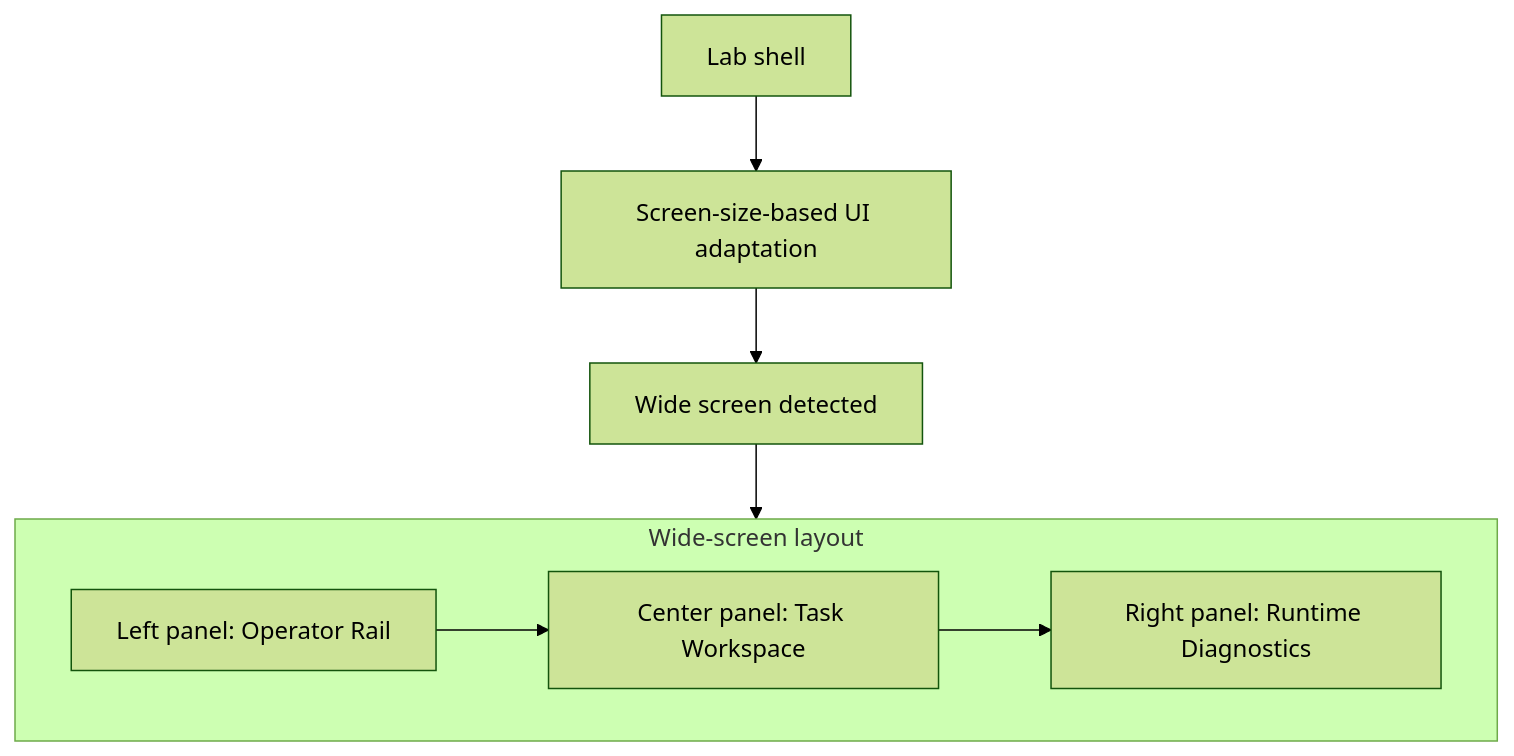
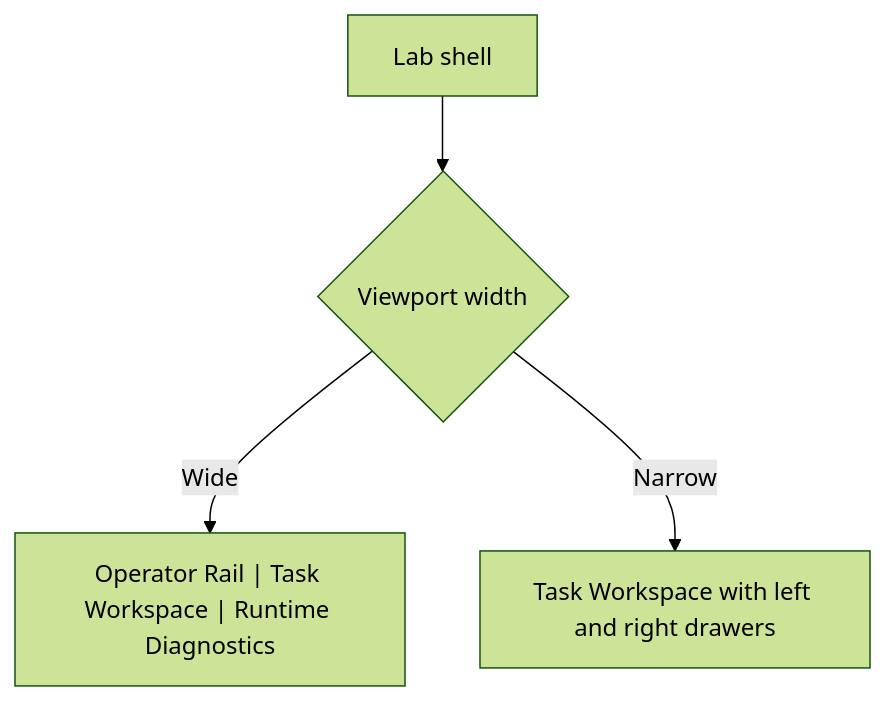
Before and after one commit to eliasfeijo/saas-reliability-lab: the first of 3 diagrams in docs/README.md, drawn with Mermaid (forest theme). The commit also changed other lines of this file and 1 other file, not shown here.

First line of the commit message:
docs(docs): split architecture views

````diff
--- a/docs/README.md
+++ b/docs/README.md
@@ -44,16 +44,9 @@
 ```mermaid
 flowchart TD
     Shell["Lab shell"]
-    Adapt["Screen-size-based UI adaptation"]
-    Wide["Wide screen detected"]
+    Adapt{"Viewport width"}
 
     Shell --> Adapt
-    Adapt --> Wide
-
-    subgraph WideLayout["Wide-screen layout"]
-        direction LR
-        Left["Left panel: Operator Rail"] --> Center["Center panel: Task Workspace"] --> Right["Right panel: Runtime Diagnostics"]
-    end
-
-    Wide --> Left
+    Adapt -->|Wide| Wide["Operator Rail | Task Workspace | Runtime Diagnostics"]
+    Adapt -->|Narrow| Narrow["Task Workspace with left and right drawers"]
 ```
````
